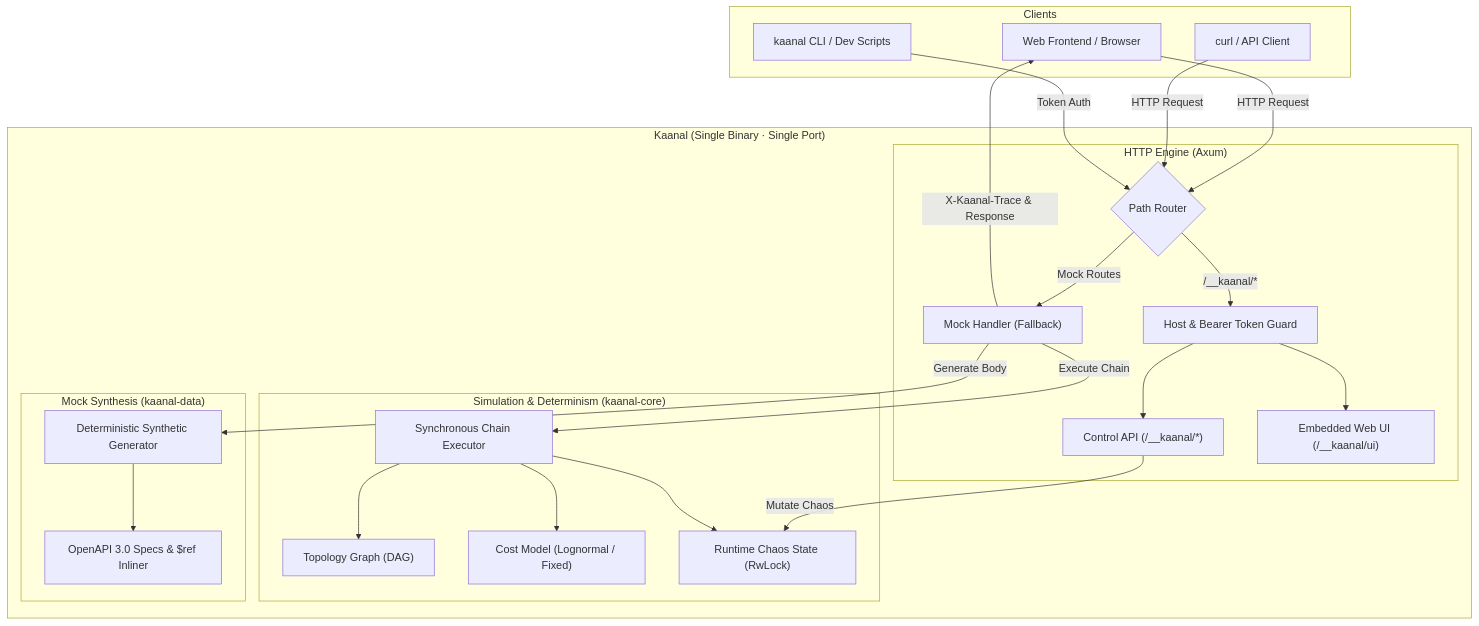
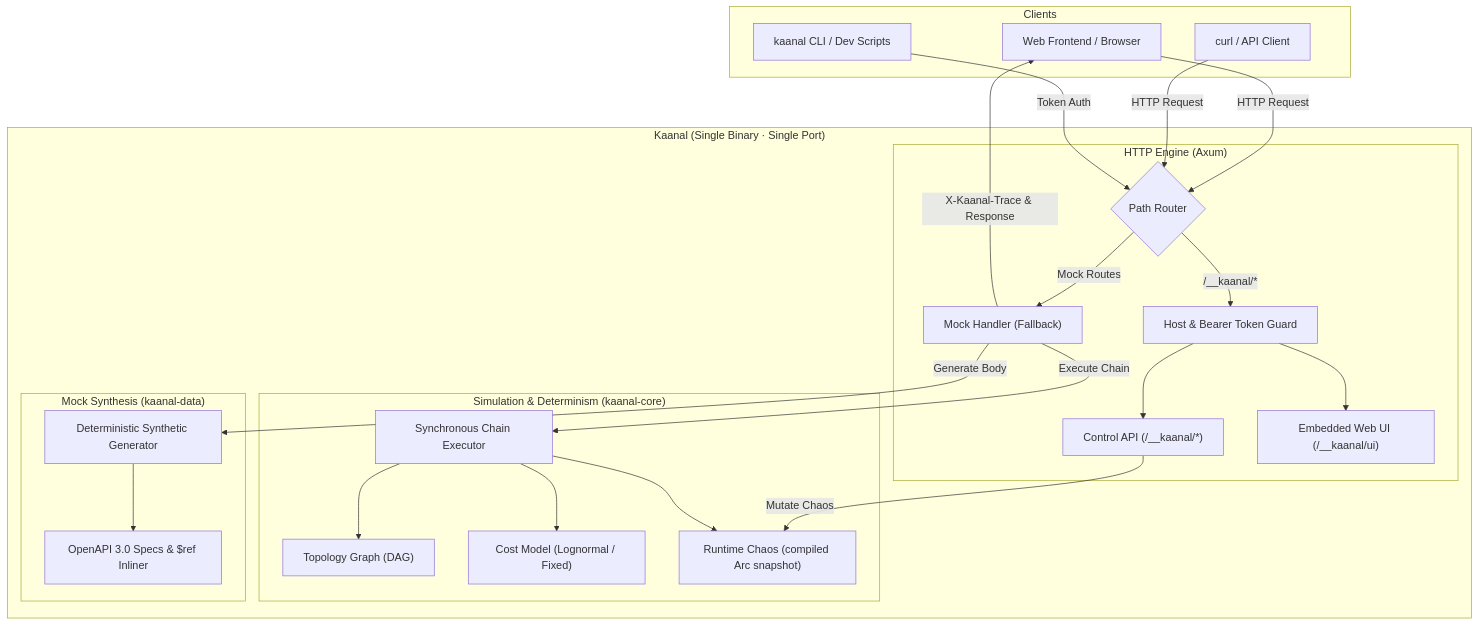
Before and after one commit to Naveen2070/kaanal: the diagram in README.md, drawn with Mermaid. The commit also changed other lines of this file and 48 other files, not shown here.

````diff
--- a/README.md
+++ b/README.md
@@ -7,50 +7,50 @@
 ```mermaid
 flowchart TD
     subgraph Clients["Clients"]
         Browser["Web Frontend / Browser"]
         Curl["curl / API Client"]
         AdminCLI["kaanal CLI / Dev Scripts"]
     end
 
     subgraph Kaanal["Kaanal (Single Binary · Single Port)"]
         subgraph Server["HTTP Engine (Axum)"]
             Router{"Path Router"}
             Guard["Host & Bearer Token Guard"]
             ControlAPI["Control API (/__kaanal/*)"]
             WebUI["Embedded Web UI (/__kaanal/ui)"]
             MockHandler["Mock Handler (Fallback)"]
         end
 
         subgraph Core["Simulation & Determinism (kaanal-core)"]
             Executor["Synchronous Chain Executor"]
             Topo["Topology Graph (DAG)"]
             CostModel["Cost Model (Lognormal / Fixed)"]
-            ChaosState["Runtime Chaos State (RwLock)"]
+            ChaosState["Runtime Chaos (compiled Arc snapshot)"]
         end
 
         subgraph Data["Mock Synthesis (kaanal-data)"]
             OpenAPIRef["OpenAPI 3.0 Specs & $ref Inliner"]
             Generator["Deterministic Synthetic Generator"]
         end
     end
 
     Browser -->|HTTP Request| Router
     Curl -->|HTTP Request| Router
     AdminCLI -->|Token Auth| Router
 
     Router -->|/__kaanal/*| Guard
     Guard --> ControlAPI
     Guard --> WebUI
     Router -->|Mock Routes| MockHandler
 
     ControlAPI -->|Mutate Chaos| ChaosState
     MockHandler -->|Execute Chain| Executor
     Executor --> Topo
     Executor --> CostModel
     Executor --> ChaosState
 
     MockHandler -->|Generate Body| Generator
     Generator --> OpenAPIRef
 
     MockHandler -->|X-Kaanal-Trace & Response| Browser
 ```
````
